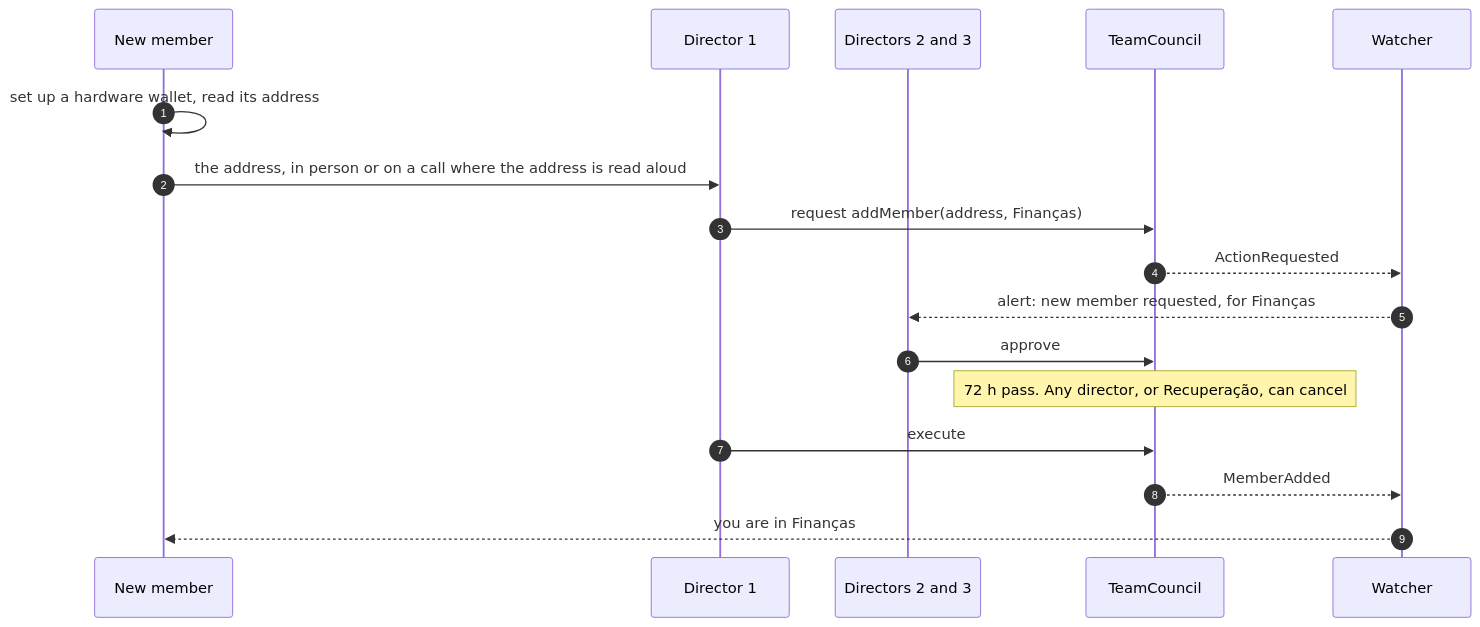
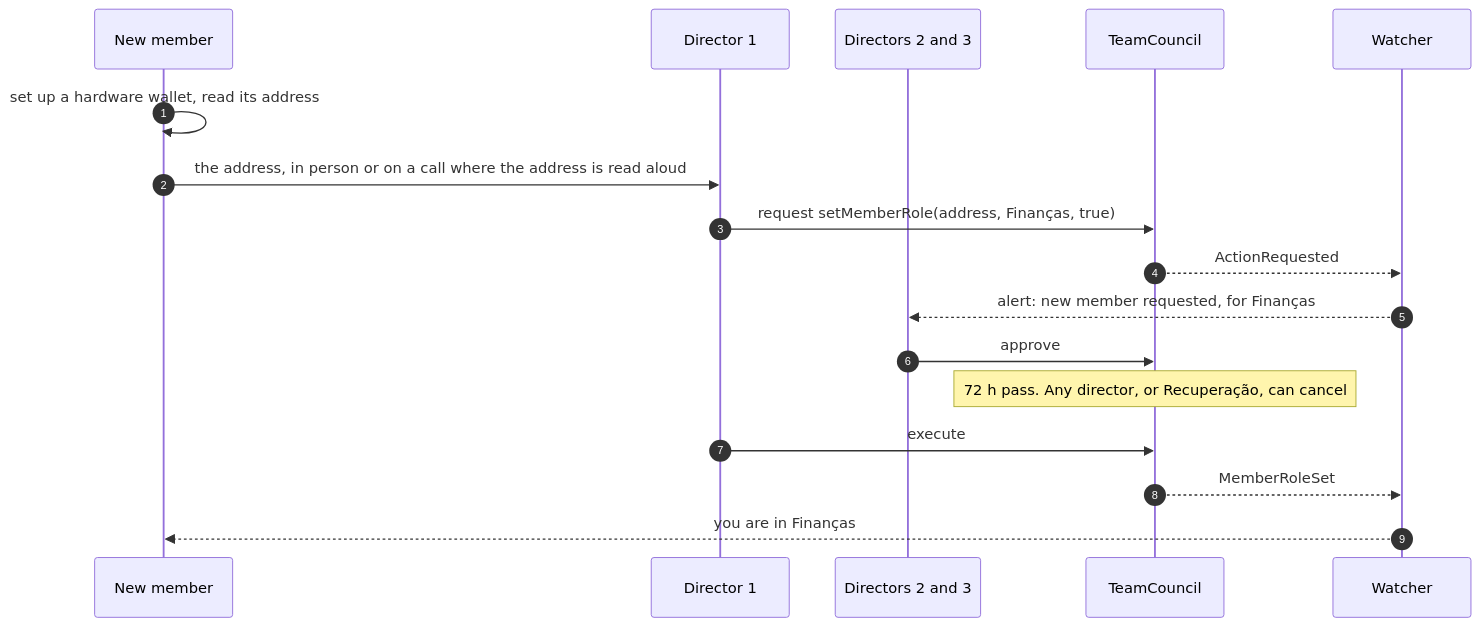
The second of 5 diagrams in docs/governance.md (MuriloSchaefer/klippelgo), drawn with Mermaid before and after one commit. The commit also changed other lines of this file and 34 other files, not shown here.

````diff
--- a/docs/governance.md
+++ b/docs/governance.md
@@ -103,20 +108,20 @@
 ```mermaid
 sequenceDiagram
     autonumber
     participant N as New member
     participant D1 as Director 1
     participant D2 as Directors 2 and 3
     participant T as TeamCouncil
     participant W as Watcher
 
     N->>N: set up a hardware wallet, read its address
     N->>D1: the address, in person or on a call where the address is read aloud
-    D1->>T: request addMember(address, Finanças)
+    D1->>T: request setMemberRole(address, Finanças, true)
     T-->>W: ActionRequested
     W-->>D2: alert: new member requested, for Finanças
     D2->>T: approve
     Note over T: 72 h pass. Any director, or Recuperação, can cancel
     D1->>T: execute
-    T-->>W: MemberAdded
+    T-->>W: MemberRoleSet
     W-->>N: you are in Finanças
 ```
````
